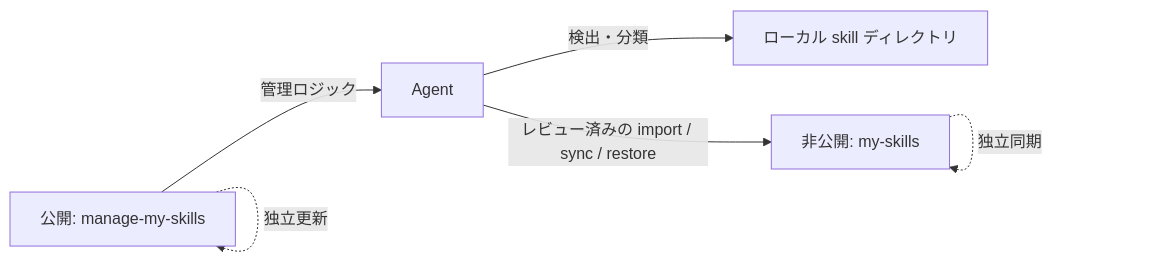
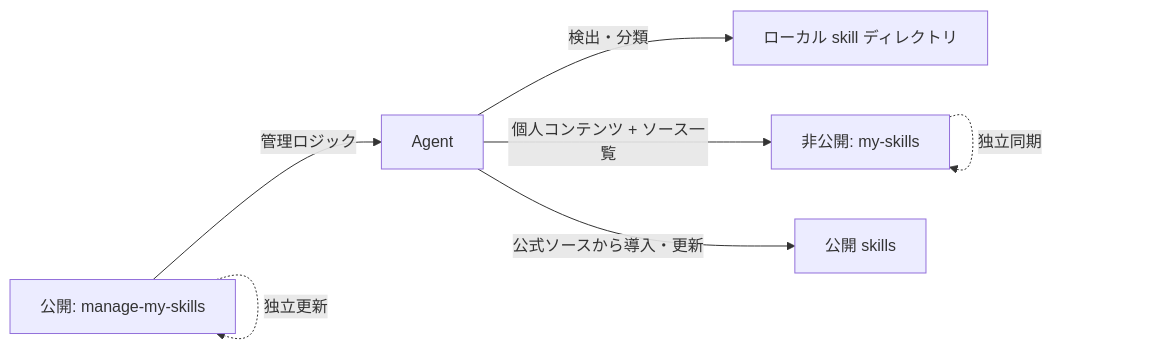
Before and after one commit to Pursuer-Hsf/manage-my-skills: the diagram in docs/README.ja.md, drawn with Mermaid. The commit also changed other lines of this file and 10 other files, not shown here.

````diff
--- a/docs/README.ja.md
+++ b/docs/README.ja.md
@@ -64,8 +66,9 @@
 ```mermaid
 flowchart LR
     A["公開: manage-my-skills"] -->|"管理ロジック"| B["Agent"]
     B -->|"検出・分類"| C["ローカル skill ディレクトリ"]
-    B -->|"レビュー済みの import / sync / restore"| D["非公開: my-skills"]
+    B -->|"個人コンテンツ + ソース一覧"| D["非公開: my-skills"]
+    B -->|"公式ソースから導入・更新"| E["公開 skills"]
     A -. "独立更新" .-> A
     D -. "独立同期" .-> D
 ```
````
